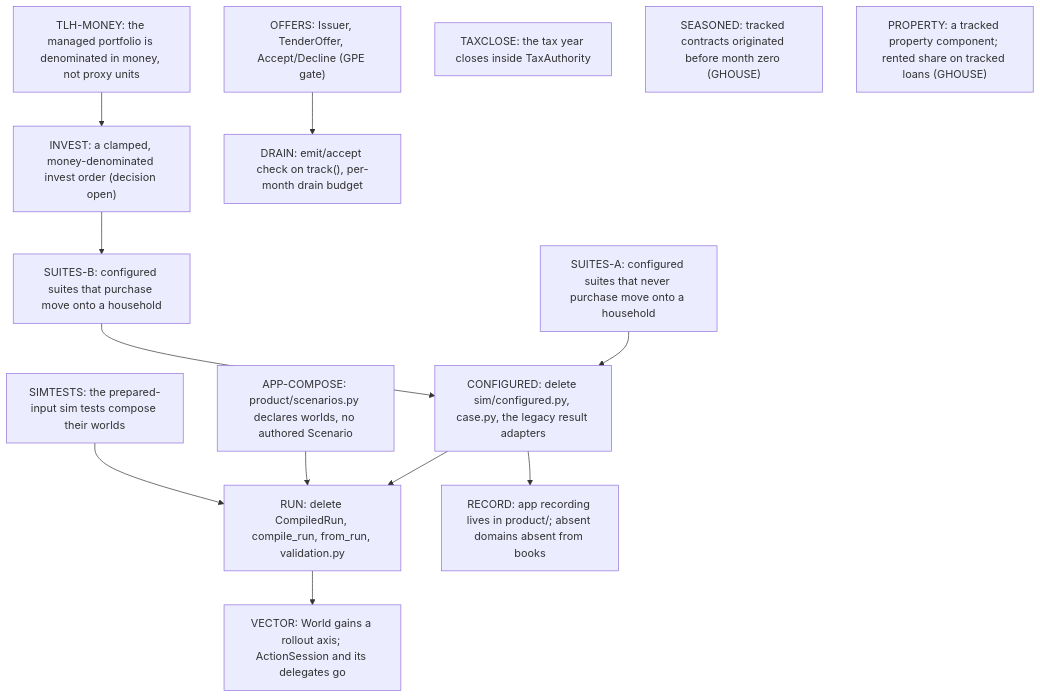
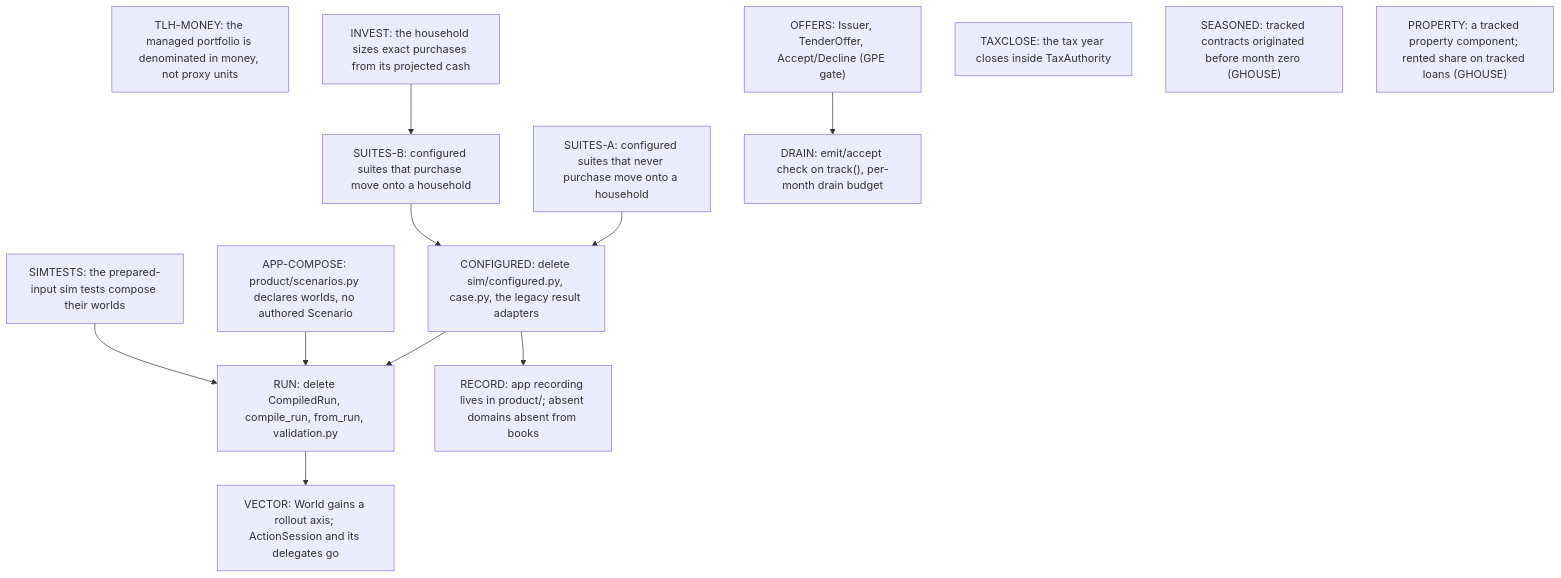
Before and after one commit to agentydragon/ducktape: the diagram in finance/augur/plans/library_design_gates.md, drawn with Mermaid. The commit also changed other lines of this file and 1 other file, not shown here.

First line of the commit message:
augur: orders are exact; sizing them is the policy's intent

````diff
--- a/finance/augur/plans/library_design_gates.md
+++ b/finance/augur/plans/library_design_gates.md
@@ -251,28 +251,27 @@
 ```mermaid
 graph TD
     TLH_MONEY["TLH-MONEY: the managed portfolio is denominated in money, not proxy units"]
-    INVEST["INVEST: a clamped, money-denominated invest order (decision open)"]
+    INVEST["INVEST: the household sizes exact purchases from its projected cash"]
     SUITES_NOBUY["SUITES-A: configured suites that never purchase move onto a household"]
     SUITES_BUY["SUITES-B: configured suites that purchase move onto a household"]
     CONFIGURED_GONE["CONFIGURED: delete sim/configured.py, case.py, the legacy result adapters"]
     APP_COMPOSE["APP-COMPOSE: product/scenarios.py declares worlds, no authored Scenario"]
     SIMTESTS["SIMTESTS: the prepared-input sim tests compose their worlds"]
     RUN_GONE["RUN: delete CompiledRun, compile_run, from_run, validation.py"]
     RECORD["RECORD: app recording lives in product/; absent domains absent from books"]
     OFFERS["OFFERS: Issuer, TenderOffer, Accept/Decline (GPE gate)"]
     DRAIN["DRAIN: emit/accept check on track(), per-month drain budget"]
     TAXCLOSE["TAXCLOSE: the tax year closes inside TaxAuthority"]
     SEASONED["SEASONED: tracked contracts originated before month zero (GHOUSE)"]
     PROPERTY["PROPERTY: a tracked property component; rented share on tracked loans (GHOUSE)"]
     VECTOR["VECTOR: World gains a rollout axis; ActionSession and its delegates go"]
-    TLH_MONEY --> INVEST
     INVEST --> SUITES_BUY
     SUITES_NOBUY --> CONFIGURED_GONE
     SUITES_BUY --> CONFIGURED_GONE
     CONFIGURED_GONE --> RUN_GONE
     APP_COMPOSE --> RUN_GONE
     SIMTESTS --> RUN_GONE
     CONFIGURED_GONE --> RECORD
     OFFERS --> DRAIN
     RUN_GONE --> VECTOR
 ```
````
